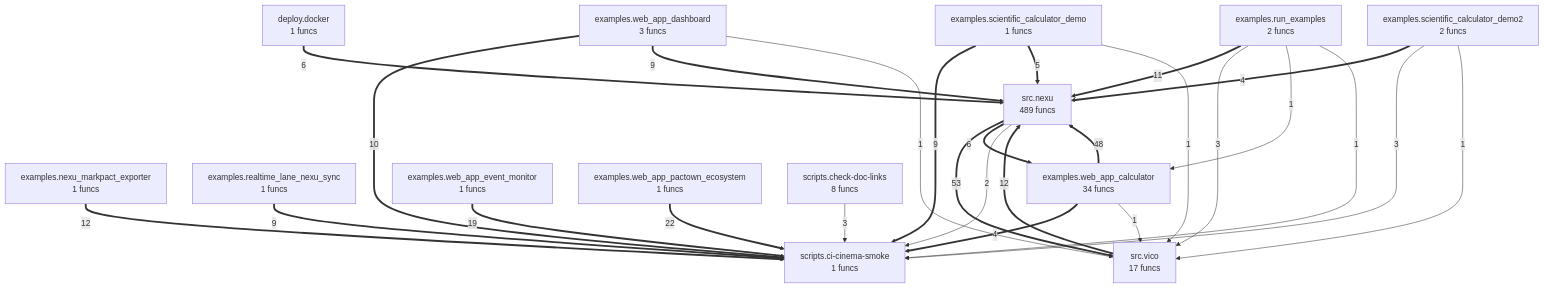
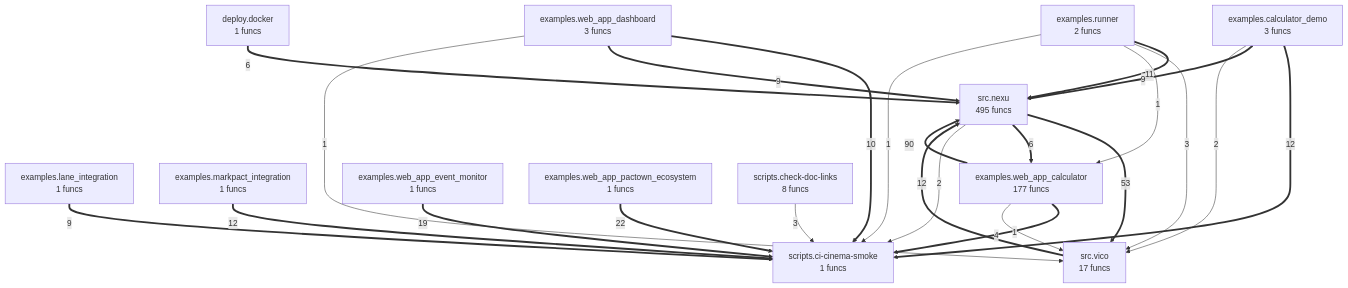
One commit to autogrammar/nexu changed the diagram in project/compact_flow.mmd. Above: the diagram before and after it, drawn with Mermaid. The commit also changed 33 other files, not shown here.

```diff
--- a/project/compact_flow.mmd
+++ b/project/compact_flow.mmd
@@ -1,42 +1,38 @@
 flowchart TD
 %% generated in 0.01s
     deploy__docker["deploy.docker<br/>1 funcs"]
-    examples__nexu_markpact_exporter["examples.nexu_markpact_exporter<br/>1 funcs"]
-    examples__realtime_lane_nexu_sync["examples.realtime_lane_nexu_sync<br/>1 funcs"]
-    examples__run_examples["examples.run_examples<br/>2 funcs"]
-    examples__scientific_calculator_demo["examples.scientific_calculator_demo<br/>1 funcs"]
-    examples__scientific_calculator_demo2["examples.scientific_calculator_demo2<br/>2 funcs"]
-    examples__web_app_calculator["examples.web_app_calculator<br/>34 funcs"]
+    examples__calculator_demo["examples.calculator_demo<br/>3 funcs"]
+    examples__lane_integration["examples.lane_integration<br/>1 funcs"]
+    examples__markpact_integration["examples.markpact_integration<br/>1 funcs"]
+    examples__runner["examples.runner<br/>2 funcs"]
+    examples__web_app_calculator["examples.web_app_calculator<br/>177 funcs"]
     examples__web_app_dashboard["examples.web_app_dashboard<br/>3 funcs"]
     examples__web_app_event_monitor["examples.web_app_event_monitor<br/>1 funcs"]
     examples__web_app_pactown_ecosystem["examples.web_app_pactown_ecosystem<br/>1 funcs"]
     scripts__check_doc_links["scripts.check-doc-links<br/>8 funcs"]
     scripts__ci_cinema_smoke["scripts.ci-cinema-smoke<br/>1 funcs"]
-    src__nexu["src.nexu<br/>489 funcs"]
+    src__nexu["src.nexu<br/>495 funcs"]
     src__vico["src.vico<br/>17 funcs"]
+    examples__web_app_calculator ==>|90| src__nexu
     src__nexu ==>|53| src__vico
-    examples__web_app_calculator ==>|48| src__nexu
     examples__web_app_pactown_ecosystem ==>|22| scripts__ci_cinema_smoke
     examples__web_app_event_monitor ==>|19| scripts__ci_cinema_smoke
-    examples__nexu_markpact_exporter ==>|12| scripts__ci_cinema_smoke
     src__vico ==>|12| src__nexu
-    examples__run_examples ==>|11| src__nexu
+    examples__markpact_integration ==>|12| scripts__ci_cinema_smoke
+    examples__calculator_demo ==>|12| scripts__ci_cinema_smoke
+    examples__runner ==>|11| src__nexu
     examples__web_app_dashboard ==>|10| scripts__ci_cinema_smoke
-    examples__scientific_calculator_demo ==>|9| scripts__ci_cinema_smoke
-    examples__realtime_lane_nexu_sync ==>|9| scripts__ci_cinema_smoke
     examples__web_app_dashboard ==>|9| src__nexu
+    examples__lane_integration ==>|9| scripts__ci_cinema_smoke
+    examples__calculator_demo ==>|9| src__nexu
     src__nexu ==>|6| examples__web_app_calculator
     deploy__docker ==>|6| src__nexu
-    examples__scientific_calculator_demo ==>|5| src__nexu
-    examples__scientific_calculator_demo2 ==>|4| src__nexu
     examples__web_app_calculator ==>|4| scripts__ci_cinema_smoke
-    examples__run_examples -->|3| src__vico
-    examples__scientific_calculator_demo2 -->|3| scripts__ci_cinema_smoke
     scripts__check_doc_links -->|3| scripts__ci_cinema_smoke
+    examples__runner -->|3| src__vico
     src__nexu -->|2| scripts__ci_cinema_smoke
-    examples__scientific_calculator_demo -->|1| src__vico
-    examples__run_examples -->|1| examples__web_app_calculator
-    examples__run_examples -->|1| scripts__ci_cinema_smoke
-    examples__scientific_calculator_demo2 -->|1| src__vico
+    examples__calculator_demo -->|2| src__vico
     examples__web_app_calculator -->|1| src__vico
     examples__web_app_dashboard -->|1| src__vico
+    examples__runner -->|1| examples__web_app_calculator
+    examples__runner -->|1| scripts__ci_cinema_smoke
```
